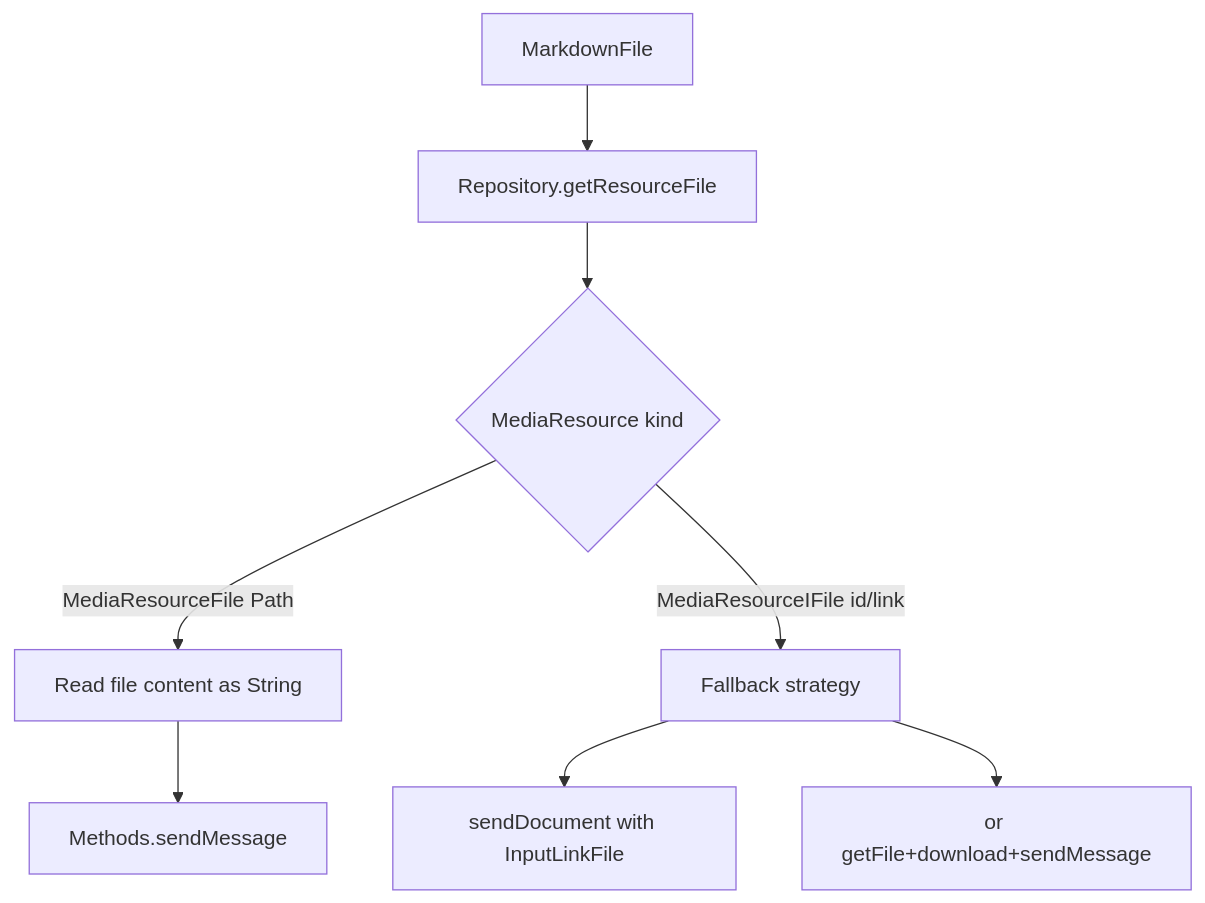
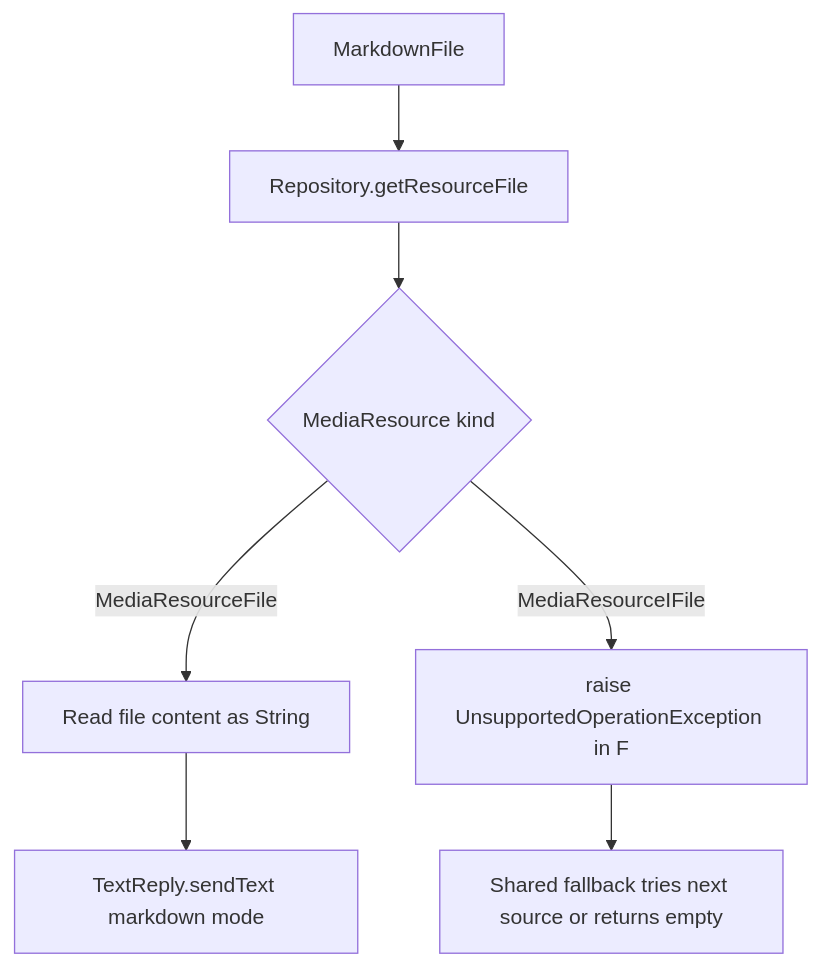
Before and after one commit to benkio/sBots: the sixth of 6 diagrams in docs/bot-logic-overview.md, drawn with Mermaid. The commit also changed other lines of this file, not shown here.

````diff
--- a/docs/bot-logic-overview.md
+++ b/docs/bot-logic-overview.md
@@ -134,10 +134,9 @@
 ```mermaid
 flowchart TD
-  A[MarkdownFile] --> B[Repository.getResourceFile]
+  A["MarkdownFile"] --> B["Repository.getResourceFile"]
   B --> C{MediaResource kind}
-  C -->|MediaResourceFile Path| D[Read file content as String]
-  D --> E[Methods.sendMessage]
-  C -->|MediaResourceIFile id/link| F[Fallback strategy]
-  F --> G[sendDocument with InputLinkFile]
-  F --> H[or getFile+download+sendMessage]
+  C -->|MediaResourceFile| D["Read file content as String"]
+  D --> E["TextReply.sendText markdown mode"]
+  C -->|MediaResourceIFile| F["raise UnsupportedOperationException in F"]
+  F --> G["Shared fallback tries next source or returns empty"]
 ```
````
